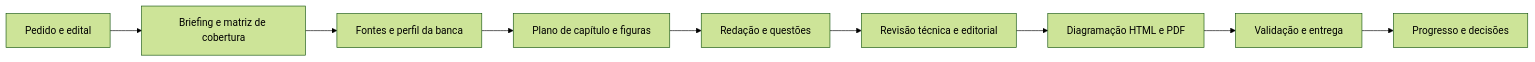
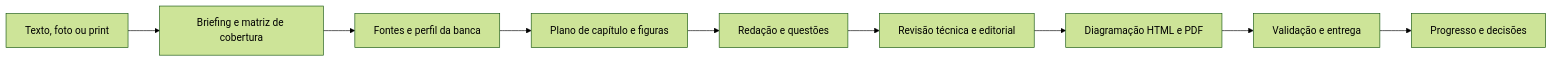
Before and after one commit to kauanramalho/Gerados-de-Materiais-de-Estudos: the diagram in docs/arquitetura.md, drawn with Mermaid (forest theme). The commit also changed other lines of this file and 29 other files, not shown here.

Commit message:
feat: vincula pedido simples ao concurso e à cobertura final

````diff
--- a/docs/arquitetura.md
+++ b/docs/arquitetura.md
@@ -7,11 +7,11 @@
 ```mermaid
 flowchart LR
-  A[Pedido e edital] --> B[Briefing e matriz de cobertura]
+  A[Texto, foto ou print] --> B[Briefing e matriz de cobertura]
   B --> C[Fontes e perfil da banca]
   C --> D[Plano de capítulo e figuras]
   D --> E[Redação e questões]
   E --> F[Revisão técnica e editorial]
   F --> G[Diagramação HTML e PDF]
   G --> H[Validação e entrega]
   H --> I[Progresso e decisões]
 ```
````
